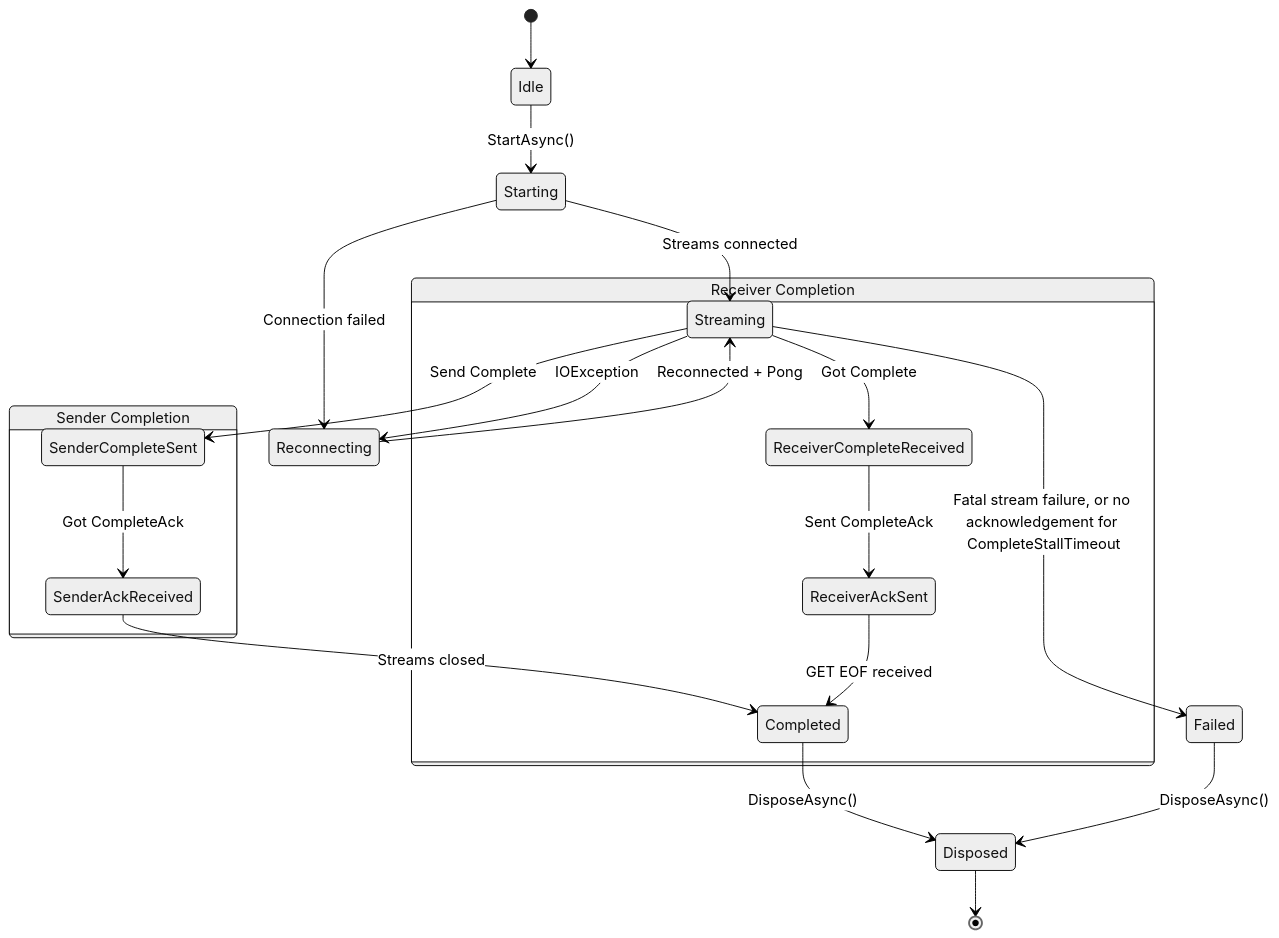
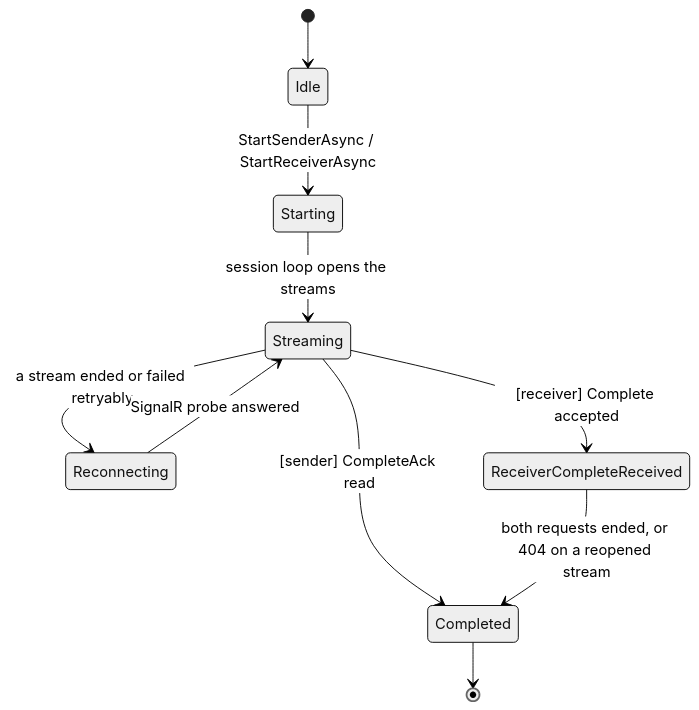
One commit to nicopon/transportr changed the third of 3 diagrams in ResilienceArchitecture.md. Above: the diagram before and after it, drawn with Mermaid (neutral theme). The commit also changed other lines of this file and 12 other files, not shown here.

````diff
--- a/ResilienceArchitecture.md
+++ b/ResilienceArchitecture.md
@@ -300,27 +285,12 @@
 ```mermaid
 stateDiagram-v2
     [*] --> Idle
-    Idle --> Starting: StartAsync()
-    Starting --> Streaming: Streams connected
-    Starting --> Reconnecting: Connection failed
-    
-    Streaming --> Reconnecting: IOException
-    Reconnecting --> Streaming: Reconnected + Pong
-    Streaming --> Failed: Fatal stream failure, or no acknowledgement for CompleteStallTimeout
-    
-    state "Sender Completion" as SenderCompletion {
-        Streaming --> SenderCompleteSent: Send Complete
-        SenderCompleteSent --> SenderAckReceived: Got CompleteAck
-        SenderAckReceived --> Completed: Streams closed
-    }
-    
-    state "Receiver Completion" as ReceiverCompletion {
-        Streaming --> ReceiverCompleteReceived: Got Complete
-        ReceiverCompleteReceived --> ReceiverAckSent: Sent CompleteAck
-        ReceiverAckSent --> Completed: GET EOF received
-    }
-    
-    Completed --> Disposed: DisposeAsync()
-    Failed --> Disposed: DisposeAsync()
-    Disposed --> [*]
+    Idle --> Starting: StartSenderAsync / StartReceiverAsync
+    Starting --> Streaming: session loop opens the streams
+    Streaming --> Reconnecting: a stream ended or failed retryably
+    Reconnecting --> Streaming: SignalR probe answered
+    Streaming --> Completed: [sender] CompleteAck read
+    Streaming --> ReceiverCompleteReceived: [receiver] Complete accepted
+    ReceiverCompleteReceived --> Completed: both requests ended, or 404 on a reopened stream
+    Completed --> [*]
 ```
````
